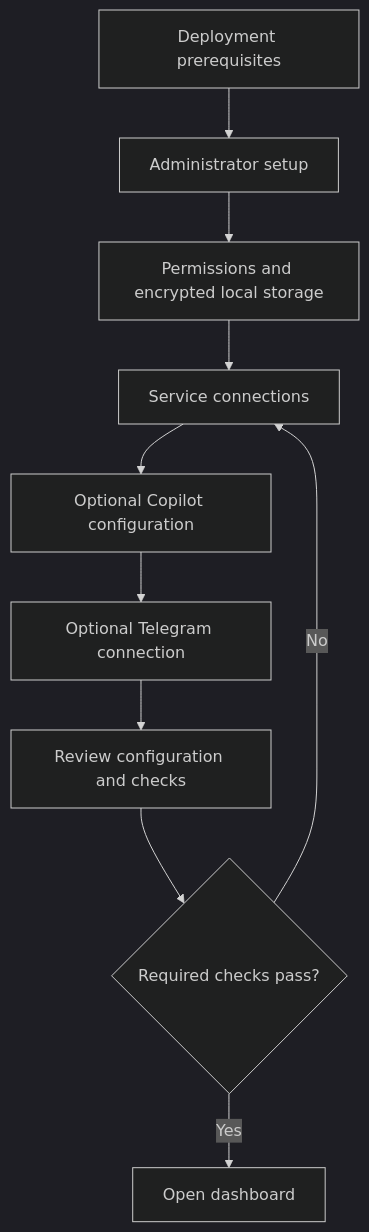
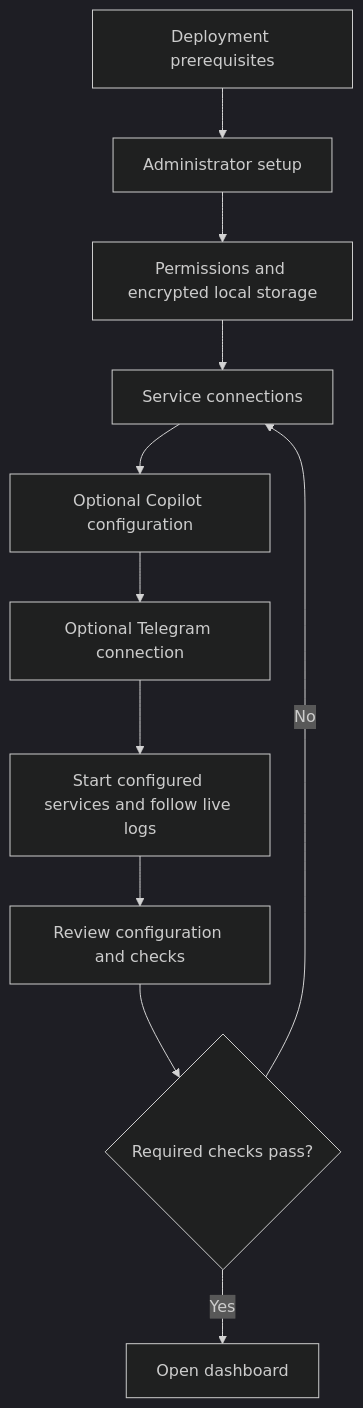
The diagram in docs/wizard-dashboard-design.md (SYRRUS-Ali/Bantis), drawn with Mermaid (dark theme) before and after one commit. The commit also changed other lines of this file and 4 other files, not shown here.

Commit message:
docs: document orchestration and live logs

````diff
--- a/docs/wizard-dashboard-design.md
+++ b/docs/wizard-dashboard-design.md
@@ -60,12 +62,13 @@
 ```mermaid
 flowchart TD
     A[Deployment prerequisites] --> B[Administrator setup]
     B --> P[Permissions and encrypted local storage]
     P --> C[Service connections]
     C --> D[Optional Copilot configuration]
     D --> T[Optional Telegram connection]
-    T --> E[Review configuration and checks]
+    T --> S[Start configured services and follow live logs]
+    S --> E[Review configuration and checks]
     E --> F{Required checks pass?}
     F -->|No| C
     F -->|Yes| G[Open dashboard]
 ```
````
